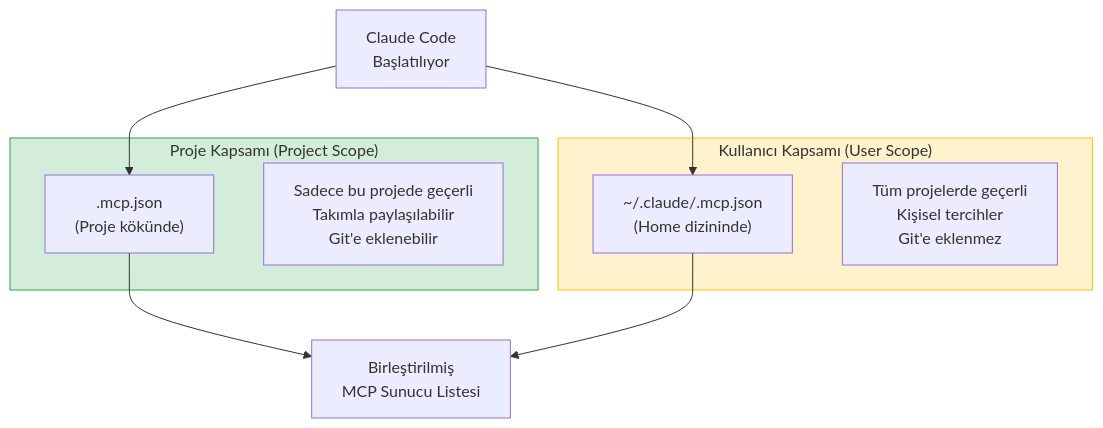
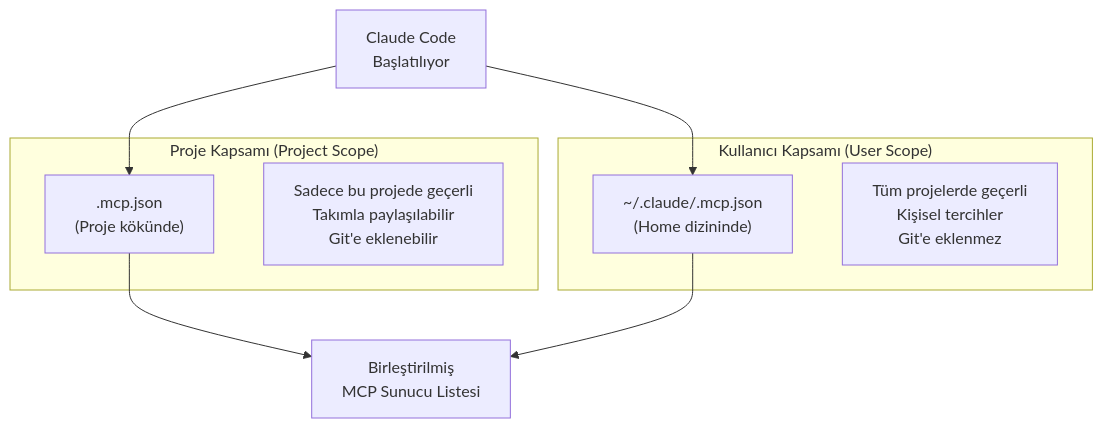
The first of 3 diagrams in 11-mcp/02-mcp-kurulumu-ve-konfigurasyonu.md (IzzetYasinAtes/ClaudeCodeHandbook), drawn with Mermaid before and after one commit. The commit also changed other lines of this file and 97 other files, not shown here.

Commit message:
Remove all custom Mermaid style/fill colors from 98 markdown files for consistent dark theme rendering

````diff
--- a/11-mcp/02-mcp-kurulumu-ve-konfigurasyonu.md
+++ b/11-mcp/02-mcp-kurulumu-ve-konfigurasyonu.md
@@ -19,20 +19,18 @@
 ```mermaid
 flowchart TD
     subgraph proje ["Proje Kapsamı (Project Scope)"]
         PF[".mcp.json<br/>(Proje kökünde)"]
         PD["Sadece bu projede geçerli<br/>Takımla paylaşılabilir<br/>Git'e eklenebilir"]
     end
 
     subgraph kullanici ["Kullanıcı Kapsamı (User Scope)"]
         UF["~/.claude/.mcp.json<br/>(Home dizininde)"]
         UD["Tüm projelerde geçerli<br/>Kişisel tercihler<br/>Git'e eklenmez"]
     end
 
     CC["Claude Code<br/>Başlatılıyor"] --> PF
     CC --> UF
     PF --> MERGE["Birleştirilmiş<br/>MCP Sunucu Listesi"]
     UF --> MERGE
 
-    style proje fill:#d4edda,stroke:#28a745
-    style kullanici fill:#fff3cd,stroke:#ffc107
 ```
````
